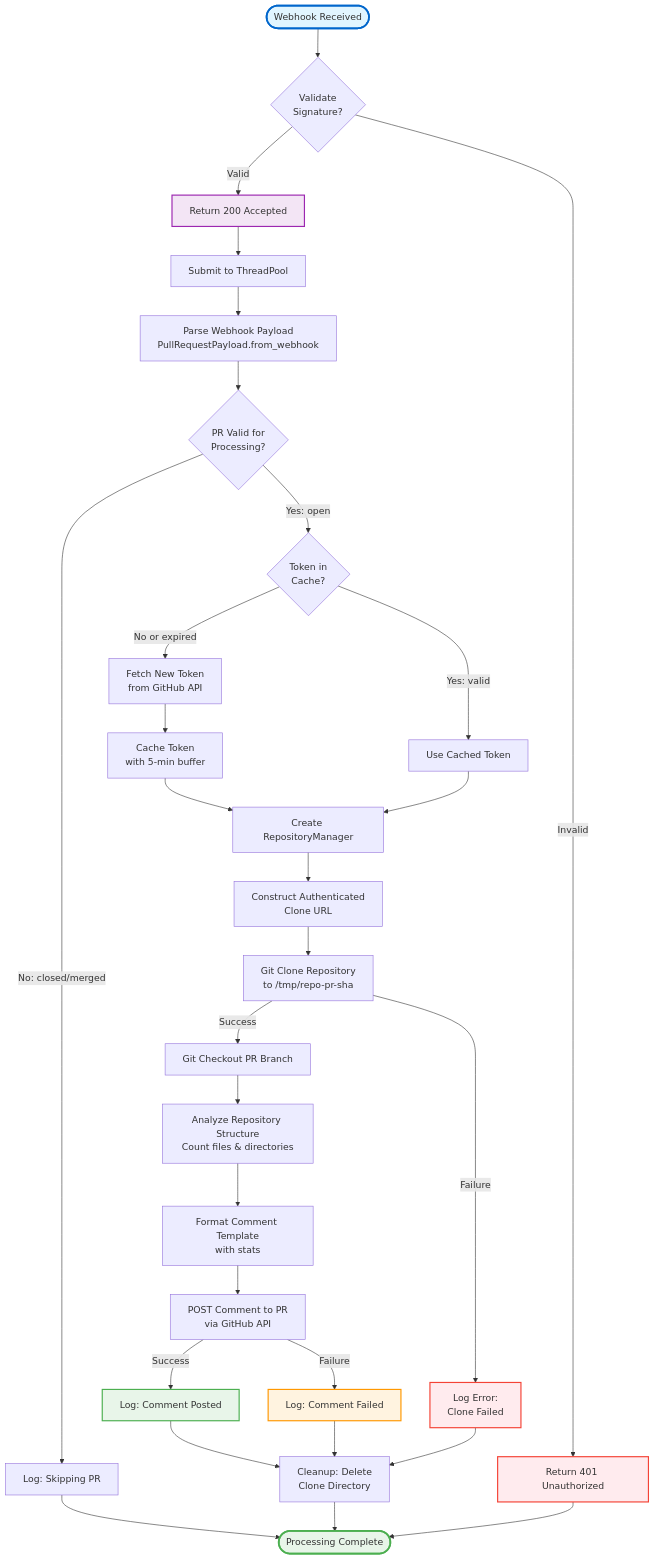
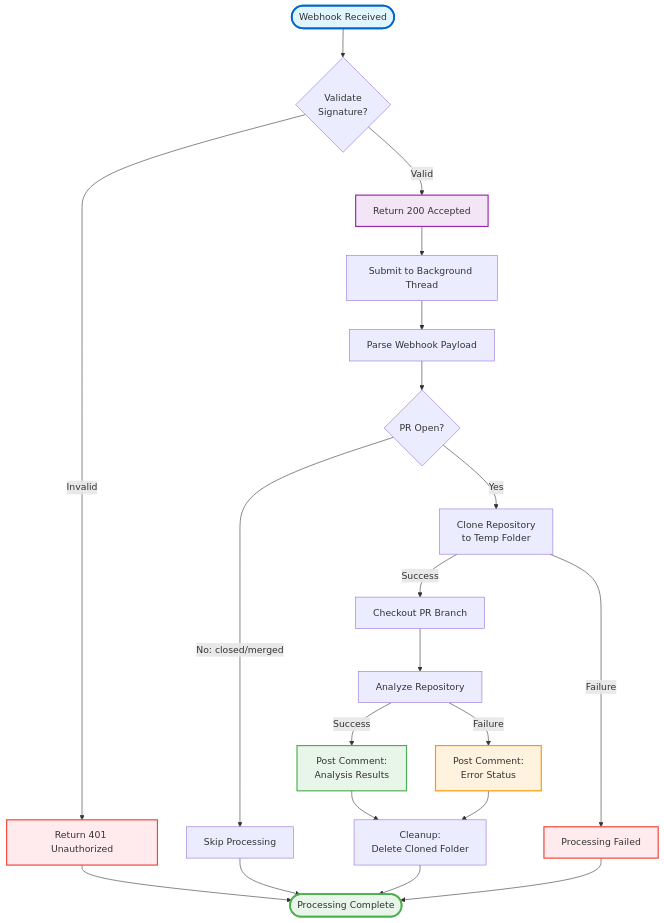
Before and after one commit to ik-learning/github-app-python: the third of 4 diagrams in diagrams.md, drawn with Mermaid. The commit also changed other lines of this file, not shown here.

Commit message:
update docs with diagrams

````diff
--- a/diagrams.md
+++ b/diagrams.md
@@ -181,50 +181,38 @@
 ```mermaid
 flowchart TD
     Start([Webhook Received]) --> Validate{Validate<br/>Signature?}
 
     Validate -->|Invalid| Reject[Return 401 Unauthorized]
     Validate -->|Valid| Accept[Return 200 Accepted]
 
-    Accept --> Queue[Submit to ThreadPool]
-    Queue --> Parse[Parse Webhook Payload<br/>PullRequestPayload.from_webhook]
+    Accept --> Queue[Submit to Background Thread]
+    Queue --> Parse[Parse Webhook Payload]
 
-    Parse --> ValidPR{PR Valid for<br/>Processing?}
-    ValidPR -->|No: closed/merged| LogSkip[Log: Skipping PR]
-    ValidPR -->|Yes: open| CheckCache{Token in<br/>Cache?}
+    Parse --> ValidPR{PR Open?}
+    ValidPR -->|No: closed/merged| Skip[Skip Processing]
+    ValidPR -->|Yes| Clone[Clone Repository<br/>to Temp Folder]
 
-    CheckCache -->|Yes: valid| UseCache[Use Cached Token]
-    CheckCache -->|No or expired| FetchToken[Fetch New Token<br/>from GitHub API]
+    Clone -->|Success| Checkout[Checkout PR Branch]
+    Clone -->|Failure| Error[Processing Failed]
 
-    FetchToken --> CacheToken[Cache Token<br/>with 5-min buffer]
-    CacheToken --> CreateMgr[Create RepositoryManager]
-    UseCache --> CreateMgr
+    Checkout --> Analyze[Analyze Repository]
 
-    CreateMgr --> AuthURL[Construct Authenticated<br/>Clone URL]
-    AuthURL --> Clone[Git Clone Repository<br/>to /tmp/repo-pr-sha]
+    Analyze -->|Success| PostSuccess[Post Comment:<br/>Analysis Results]
+    Analyze -->|Failure| PostFail[Post Comment:<br/>Error Status]
 
-    Clone -->|Success| Checkout[Git Checkout PR Branch]
-    Clone -->|Failure| ErrorClone[Log Error:<br/>Clone Failed]
+    PostSuccess --> Cleanup[Cleanup:<br/>Delete Cloned Folder]
+    PostFail --> Cleanup
 
-    Checkout --> Analyze[Analyze Repository Structure<br/>Count files & directories]
-    Analyze --> Format[Format Comment Template<br/>with stats]
-
-    Format --> Post[POST Comment to PR<br/>via GitHub API]
-    Post -->|Success| LogSuccess[Log: Comment Posted]
-    Post -->|Failure| LogError[Log: Comment Failed]
-
-    LogSuccess --> Cleanup[Cleanup: Delete<br/>Clone Directory]
-    LogError --> Cleanup
-    ErrorClone --> Cleanup
-    LogSkip --> End([Processing Complete])
-
+    Error --> End([Processing Complete])
+    Skip --> End
     Cleanup --> End
     Reject --> End
 
     style Start fill:#e1f5ff,stroke:#0066cc,stroke-width:3px
     style End fill:#e8f5e9,stroke:#4caf50,stroke-width:3px
     style Reject fill:#ffebee,stroke:#f44336,stroke-width:2px
-    style ErrorClone fill:#ffebee,stroke:#f44336,stroke-width:2px
-    style LogError fill:#fff3e0,stroke:#ff9800,stroke-width:2px
+    style Error fill:#ffebee,stroke:#f44336,stroke-width:2px
     style Accept fill:#f3e5f5,stroke:#9c27b0,stroke-width:2px
-    style LogSuccess fill:#e8f5e9,stroke:#4caf50,stroke-width:2px
+    style PostSuccess fill:#e8f5e9,stroke:#4caf50,stroke-width:2px
+    style PostFail fill:#fff3e0,stroke:#ff9800,stroke-width:2px
 ```
````
